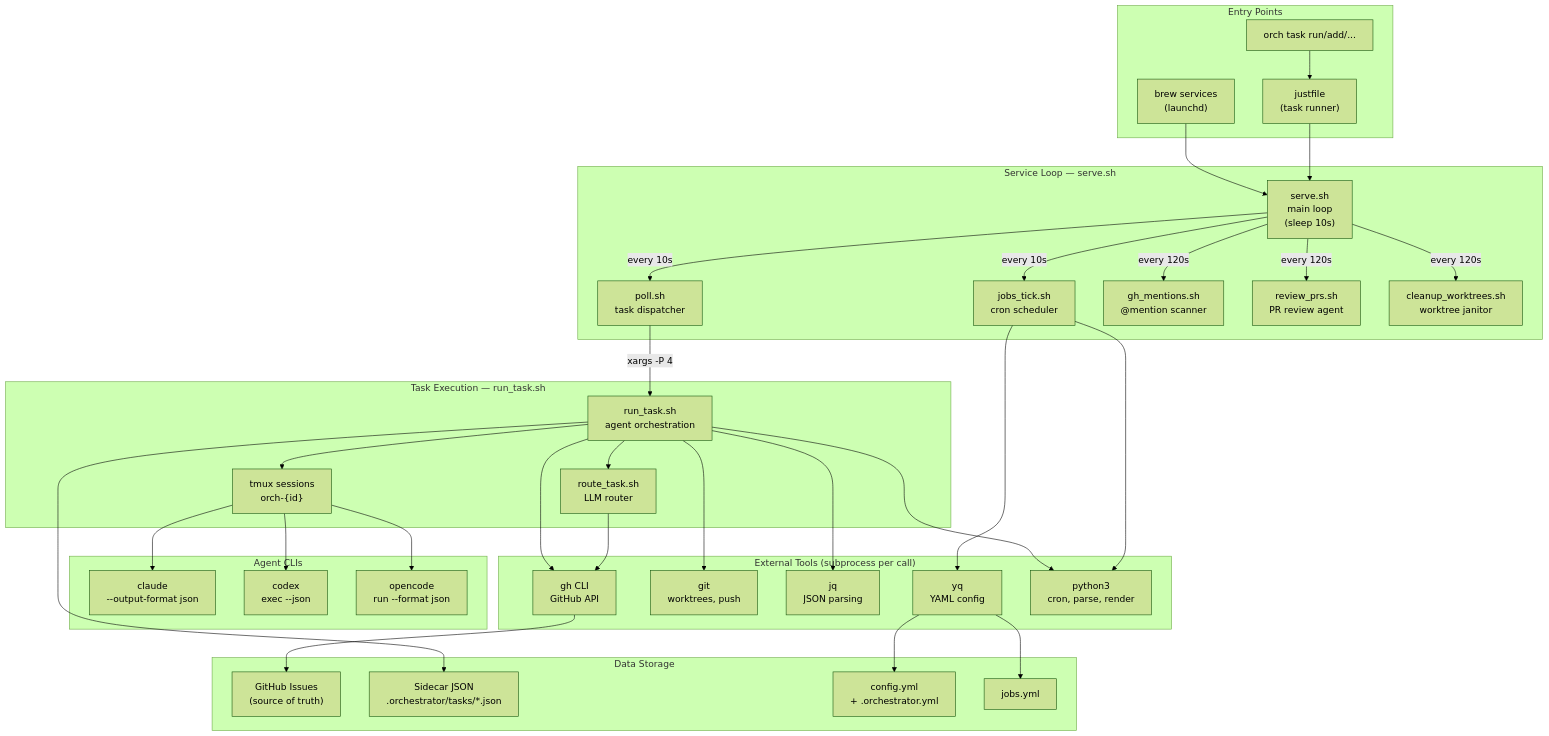
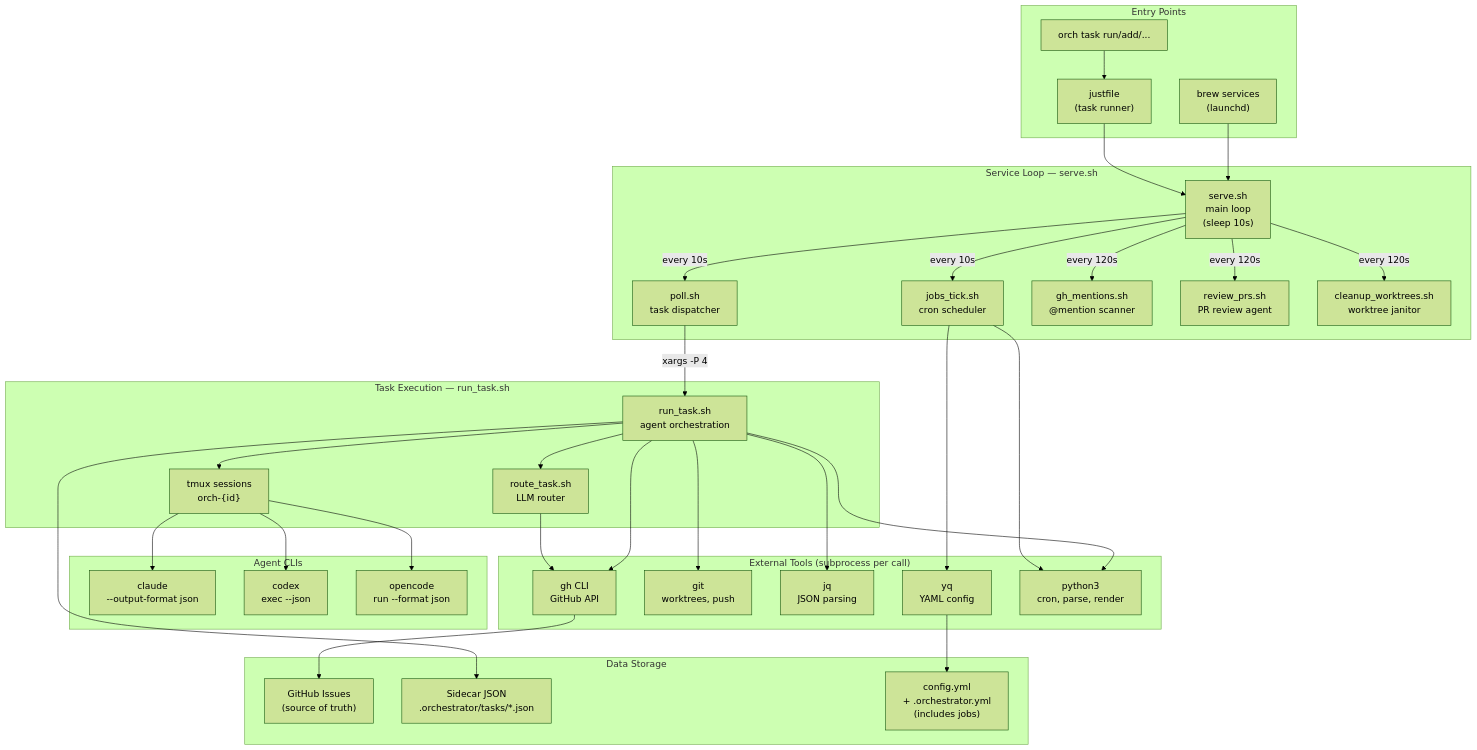
One commit to gabrielkoerich/orch changed the first of 3 diagrams in PLAN.md. Above: the diagram before and after it, drawn with Mermaid (forest theme). The commit also changed other lines of this file and 1 other file, not shown here.

````diff
--- a/PLAN.md
+++ b/PLAN.md
@@ -26,72 +26,70 @@
 ```mermaid
 graph TB
     subgraph "Entry Points"
         BREW["brew services<br/>(launchd)"]
         CLI["orch task run/add/..."]
         JUST["justfile<br/>(task runner)"]
     end
 
     subgraph "Service Loop — serve.sh"
         SERVE["serve.sh<br/>main loop<br/>(sleep 10s)"]
         POLL["poll.sh<br/>task dispatcher"]
         JOBS["jobs_tick.sh<br/>cron scheduler"]
         MENTIONS["gh_mentions.sh<br/>@mention scanner"]
         REVIEW["review_prs.sh<br/>PR review agent"]
         CLEANUP["cleanup_worktrees.sh<br/>worktree janitor"]
     end
 
     subgraph "Task Execution — run_task.sh"
         ROUTE["route_task.sh<br/>LLM router"]
         RUN["run_task.sh<br/>agent orchestration"]
         TMUX["tmux sessions<br/>orch-{id}"]
     end
 
     subgraph "Agent CLIs"
         CLAUDE["claude<br/>--output-format json"]
         CODEX["codex<br/>exec --json"]
         OPENCODE["opencode<br/>run --format json"]
     end
 
     subgraph "External Tools (subprocess per call)"
         GH["gh CLI<br/>GitHub API"]
         GIT["git<br/>worktrees, push"]
         JQ["jq<br/>JSON parsing"]
         YQ["yq<br/>YAML config"]
         PY["python3<br/>cron, parse, render"]
     end
 
     subgraph "Data Storage"
         ISSUES["GitHub Issues<br/>(source of truth)"]
         SIDECAR["Sidecar JSON<br/>.orchestrator/tasks/*.json"]
-        CONFIG["config.yml<br/>+ .orchestrator.yml"]
-        JOBSFILE["jobs.yml"]
+        CONFIG["config.yml<br/>+ .orchestrator.yml<br/>(includes jobs)"]
     end
 
     BREW --> SERVE
     CLI --> JUST --> SERVE
     SERVE -->|"every 10s"| POLL
     SERVE -->|"every 10s"| JOBS
     SERVE -->|"every 120s"| MENTIONS
     SERVE -->|"every 120s"| REVIEW
     SERVE -->|"every 120s"| CLEANUP
 
     POLL -->|"xargs -P 4"| RUN
     RUN --> ROUTE
     RUN --> TMUX
     TMUX --> CLAUDE
     TMUX --> CODEX
     TMUX --> OPENCODE
 
     RUN --> GH
     RUN --> GIT
     RUN --> JQ
     RUN --> PY
     JOBS --> YQ
     JOBS --> PY
     ROUTE --> GH
 
     GH --> ISSUES
     RUN --> SIDECAR
     YQ --> CONFIG
-    YQ --> JOBSFILE
 ```
````
